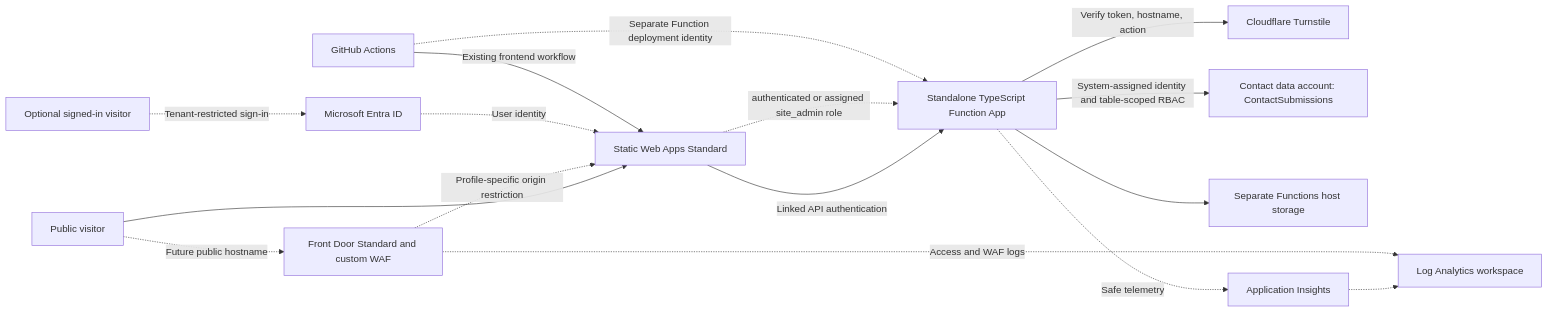
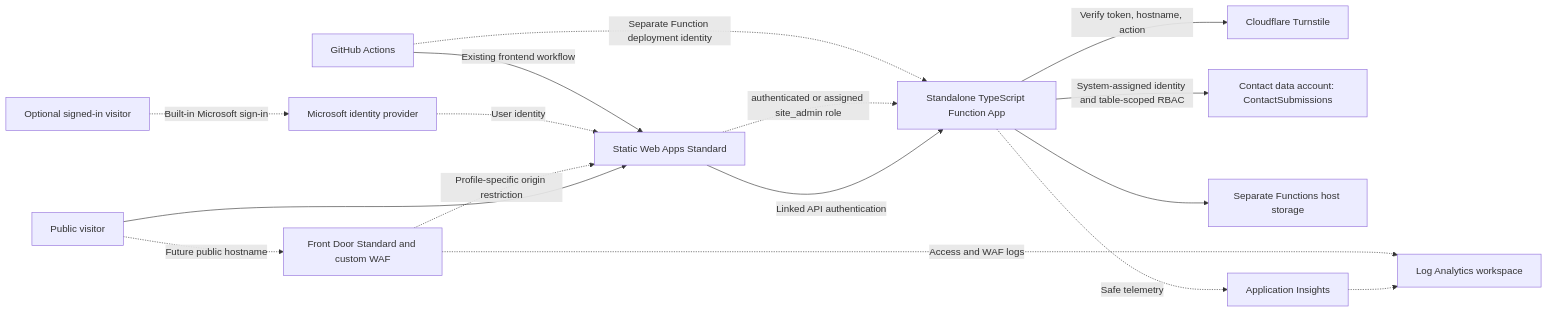
One commit to adan4650/azure-portfolio changed the second of 2 diagrams in README.md. Above: the diagram before and after it, drawn with Mermaid. The commit also changed other lines of this file and 4 other files, not shown here.

Commit message:
Use built-in Microsoft sign-in for personal accounts

````diff
--- a/README.md
+++ b/README.md
@@ -68,18 +68,18 @@
 ```mermaid
 flowchart LR
     Visitor[Public visitor] --> SWA[Static Web Apps Standard]
     Visitor -. Future public hostname .-> FD[Front Door Standard and custom WAF]
     FD -. Profile-specific origin restriction .-> SWA
     SWA -->|Linked API authentication| API[Standalone TypeScript Function App]
     API -->|Verify token, hostname, action| Turnstile[Cloudflare Turnstile]
     API -->|System-assigned identity and table-scoped RBAC| Table[Contact data account: ContactSubmissions]
     API --> Host[Separate Functions host storage]
-    Member[Optional signed-in visitor] -. Tenant-restricted sign-in .-> Entra[Microsoft Entra ID]
-    Entra -. User identity .-> SWA
+    Member[Optional signed-in visitor] -. Built-in Microsoft sign-in .-> Microsoft[Microsoft identity provider]
+    Microsoft -. User identity .-> SWA
     SWA -. authenticated or assigned site_admin role .-> API
     API -. Safe telemetry .-> AI[Application Insights]
     AI -.-> Logs[Log Analytics workspace]
     FD -. Access and WAF logs .-> Logs
     GitHub[GitHub Actions] -->|Existing frontend workflow| SWA
     GitHub -. Separate Function deployment identity .-> API
 ```
````
